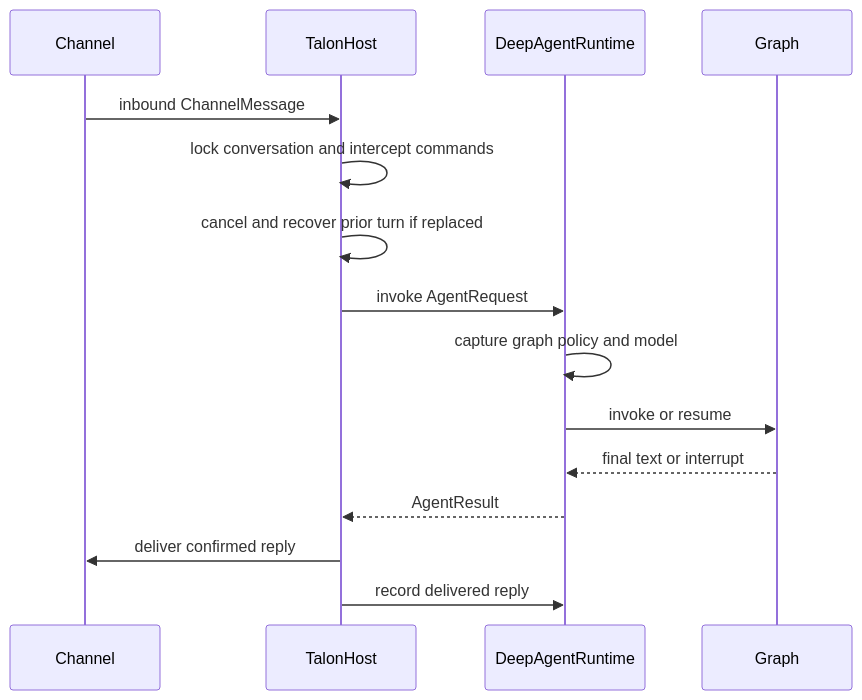
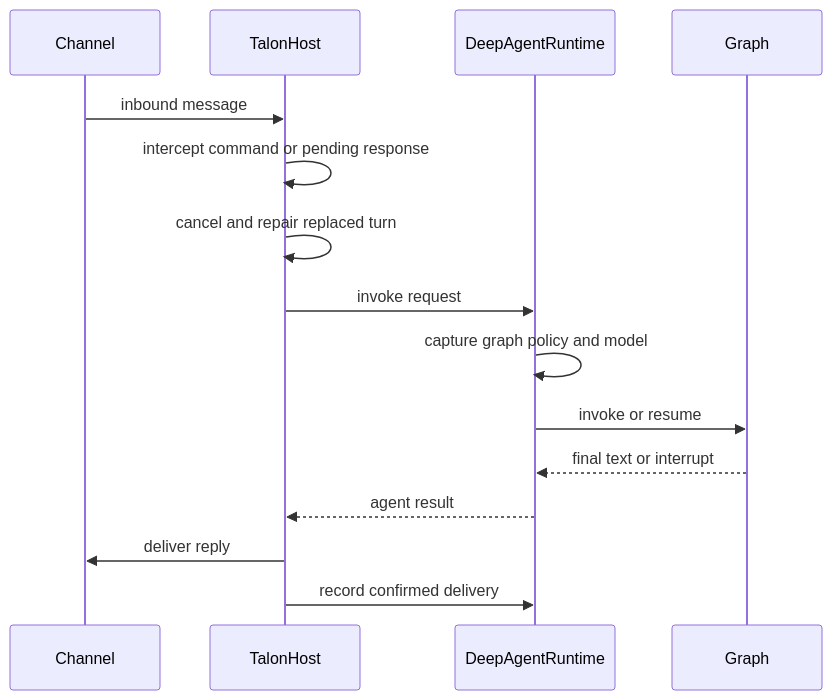
Before and after one commit to langchain-ai/deepagents: the first of 2 diagrams in openwiki/architecture/runtime-behavior.md, drawn with Mermaid. The commit also changed other lines of this file and 43 other files, not shown here.

````diff
--- a/openwiki/architecture/runtime-behavior.md
+++ b/openwiki/architecture/runtime-behavior.md
@@ -61,17 +63,17 @@
 ```mermaid
 sequenceDiagram
     participant Channel
     participant Host as TalonHost
     participant Runtime as DeepAgentRuntime
     participant Graph
-    Channel->>Host: inbound ChannelMessage
-    Host->>Host: lock conversation and intercept commands
-    Host->>Host: cancel and recover prior turn if replaced
-    Host->>Runtime: invoke AgentRequest
+    Channel->>Host: inbound message
+    Host->>Host: intercept command or pending response
+    Host->>Host: cancel and repair replaced turn
+    Host->>Runtime: invoke request
     Runtime->>Runtime: capture graph policy and model
     Runtime->>Graph: invoke or resume
     Graph-->>Runtime: final text or interrupt
-    Runtime-->>Host: AgentResult
-    Host->>Channel: deliver confirmed reply
-    Host->>Runtime: record delivered reply
+    Runtime-->>Host: agent result
+    Host->>Channel: deliver reply
+    Host->>Runtime: record confirmed delivery
 ```
````
